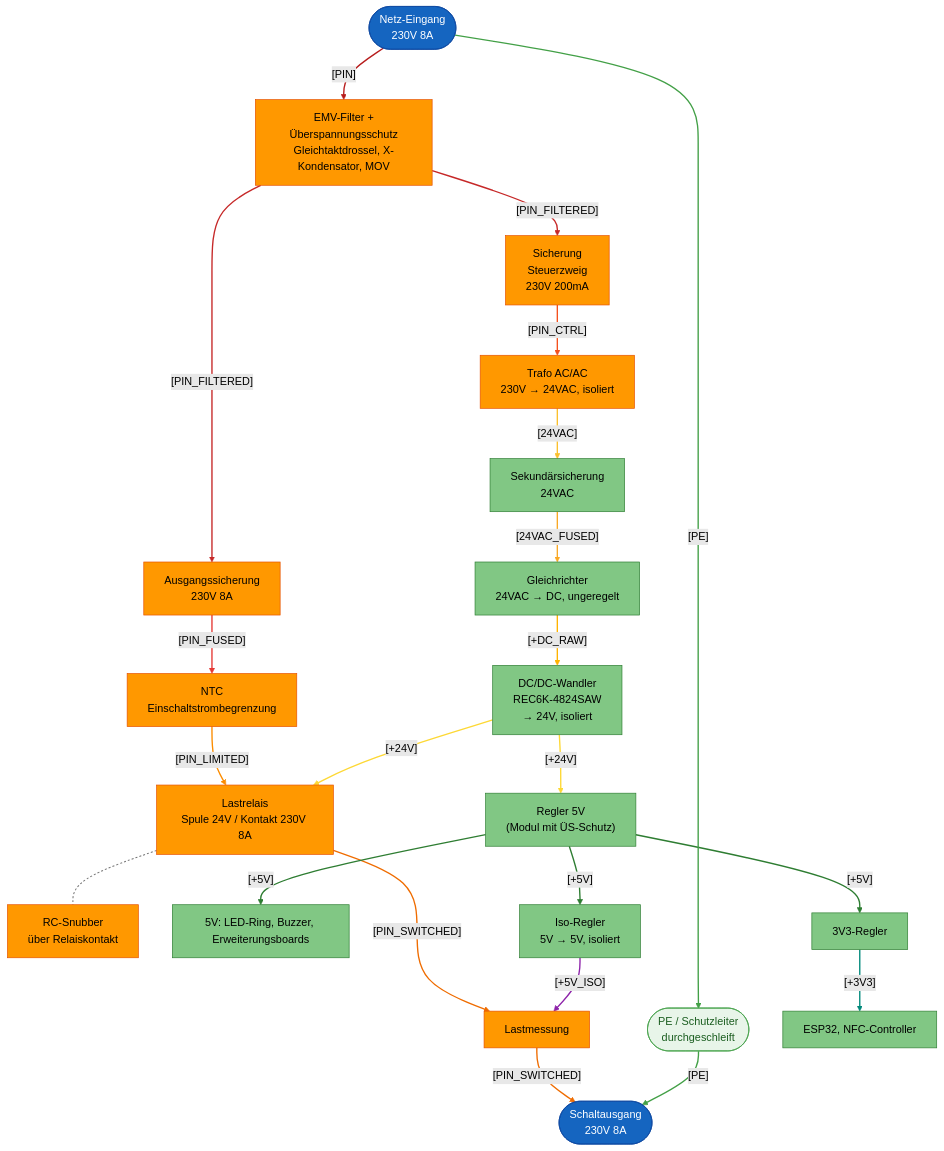
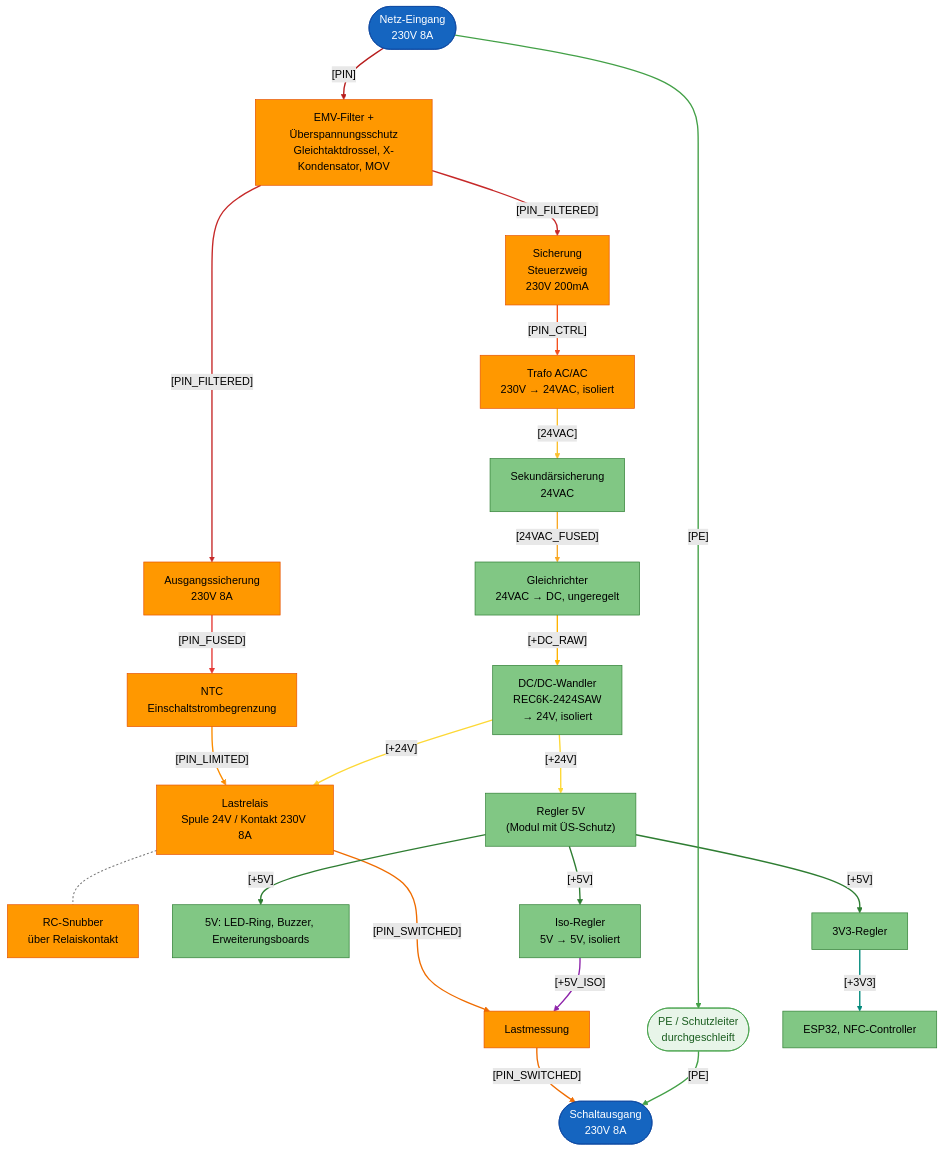
One commit to FREILab/easyVerwaltungHardware changed the second of 3 diagrams in hardware/projects/RFID_BOX/README.md. Above: the diagram before and after it, drawn with Mermaid (forest theme). The commit also changed other lines of this file, not shown here.

````diff
--- a/hardware/projects/RFID_BOX/README.md
+++ b/hardware/projects/RFID_BOX/README.md
@@ -179,71 +179,71 @@
 ```mermaid
 flowchart TB
     NETZ([Netz-Eingang<br/>230V 8A])
     EMV["EMV-Filter +<br/>Überspannungsschutz<br/>Gleichtaktdrossel, X-Kondensator, MOV"]
     FLAST["Ausgangssicherung<br/>230V 8A"]
     NTC[NTC<br/>Einschaltstrombegrenzung]
     REL["Lastrelais<br/>Spule 24V / Kontakt 230V 8A"]
     SNUB["RC-Snubber<br/>über Relaiskontakt"]
     MESS[Lastmessung]
     OUT([Schaltausgang <br/>230V 8A])
     PE([PE / Schutzleiter<br/>durchgeschleift])
 
     FSTEUER[Sicherung<br/>Steuerzweig<br/>230V 200mA]
     TRAFO["Trafo AC/AC<br/>230V → 24VAC, isoliert"]
     FSEK[Sekundärsicherung<br/>24VAC]
     GLEICH["Gleichrichter<br/>24VAC → DC, ungeregelt"]
-    DCDC["DC/DC-Wandler<br/>REC6K-4824SAW<br/>→ 24V, isoliert"]
+    DCDC["DC/DC-Wandler<br/>REC6K-2424SAW<br/>→ 24V, isoliert"]
     REG5V["Regler 5V<br/>(Modul mit ÜS-Schutz)"]
     V5[5V: LED-Ring, Buzzer, Erweiterungsboards]
     V33[3V3-Regler]
     LOGIK[ESP32, NFC-Controller]
     ISO5V["Iso-Regler<br/>5V → 5V, isoliert"]
 
     NETZ -->|"[PIN]"| EMV
     EMV -->|"[PIN_FILTERED]"| FLAST
     FLAST -->|"[PIN_FUSED]"| NTC
     NTC -->|"[PIN_LIMITED]"| REL
     REL -->|"[PIN_SWITCHED]"| MESS
     MESS -->|"[PIN_SWITCHED]"| OUT
     REL -.- SNUB
     EMV -->|"[PIN_FILTERED]"| FSTEUER
     FSTEUER -->|"[PIN_CTRL]"| TRAFO
     TRAFO -->|"[24VAC]"| FSEK
     FSEK -->|"[24VAC_FUSED]"| GLEICH
     GLEICH -->|"[+DC_RAW]"| DCDC
     DCDC -->|"[+24V]"| REG5V
     DCDC -->|"[+24V]"| REL
     REG5V -->|"[+5V]"| V5
     REG5V -->|"[+5V]"| V33
     V33 -->|"[+3V3]"| LOGIK
     REG5V -->|"[+5V]"| ISO5V
     ISO5V -->|"[+5V_ISO]"| MESS
     NETZ -->|"[PE]"| PE
     PE -->|"[PE]"| OUT
 
     linkStyle 0 stroke:#b71c1c,stroke-width:2px
     linkStyle 1,7 stroke:#c62828,stroke-width:2px
     linkStyle 2 stroke:#e53935,stroke-width:2px
     linkStyle 3 stroke:#fb8c00,stroke-width:2px
     linkStyle 4,5 stroke:#ef6c00,stroke-width:2px
     linkStyle 6 stroke:#757575,stroke-width:1.5px,stroke-dasharray:3 3
     linkStyle 8 stroke:#f4511e,stroke-width:2px
     linkStyle 9 stroke:#fbc02d,stroke-width:2px
     linkStyle 10 stroke:#f9a825,stroke-width:2px
     linkStyle 11 stroke:#ffb300,stroke-width:2px
     linkStyle 12,13 stroke:#fdd835,stroke-width:2px
     linkStyle 14,15,17 stroke:#2e7d32,stroke-width:2px
     linkStyle 16 stroke:#00897b,stroke-width:2px
     linkStyle 18 stroke:#8e24aa,stroke-width:2px
     linkStyle 19,20 stroke:#43a047,stroke-width:2px
 
     classDef term230 fill:#1565c0,color:#fff,stroke:#0d47a1
     classDef part230 fill:#ff9800,color:#000,stroke:#e65100
     classDef partSELV fill:#81c784,color:#000,stroke:#2e7d32
     classDef pe fill:#e8f5e9,color:#1b5e20,stroke:#43a047
 
     class NETZ,OUT term230
     class FLAST,REL,MESS,FSTEUER,TRAFO,EMV,NTC,SNUB part230
     class GLEICH,DCDC,REG5V,FSEK,V5,V33,LOGIK,ISO5V partSELV
     class PE pe
 ```
````
